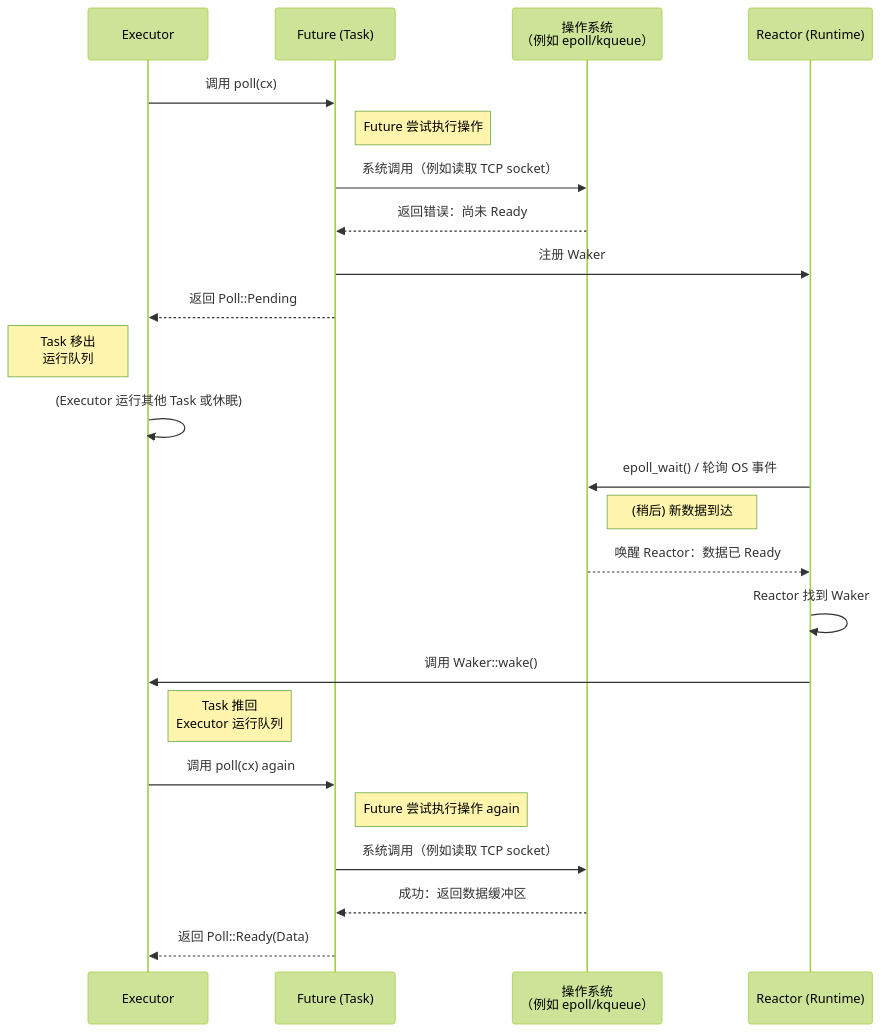
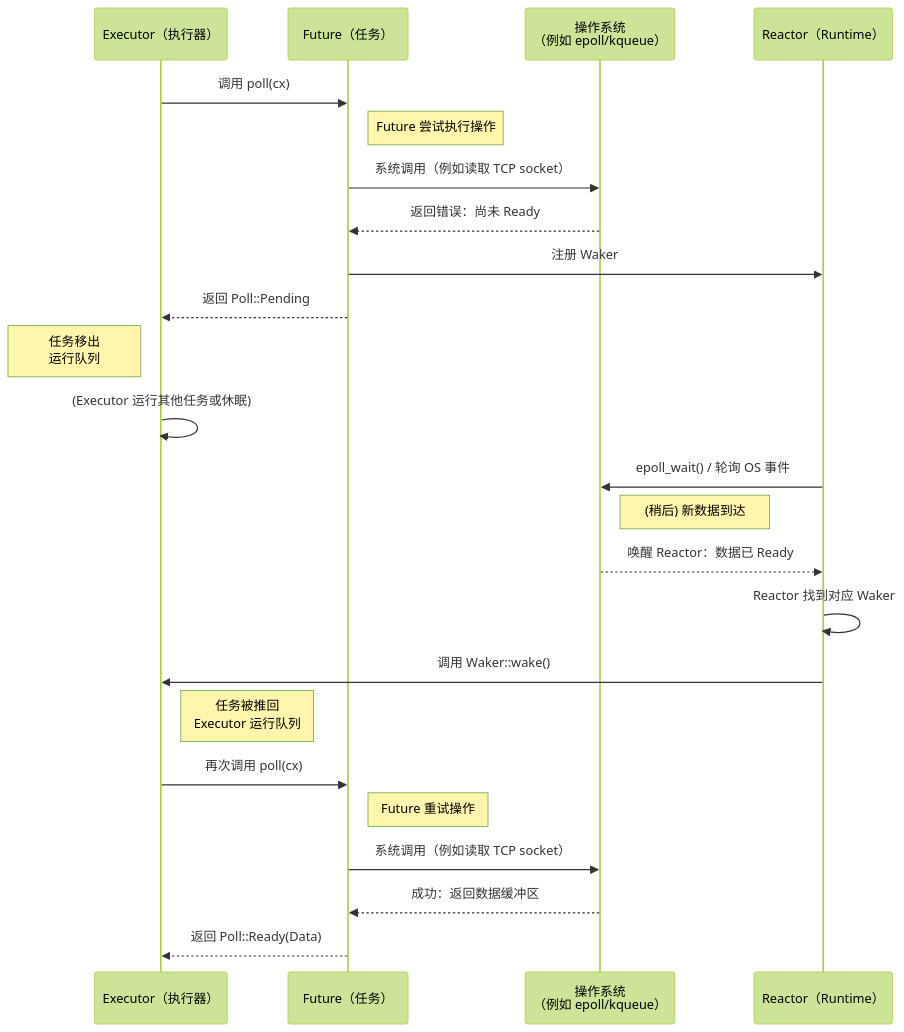
One commit to hearsay316/RustTraining changed the diagram in async-book/src-zh/ch02-the-future-trait.md. Above: the diagram before and after it, drawn with Mermaid (forest theme). The commit also changed other lines of this file and 20 other files, not shown here.

````diff
--- a/async-book/src-zh/ch02-the-future-trait.md
+++ b/async-book/src-zh/ch02-the-future-trait.md
@@ -31,32 +48,32 @@
 ```mermaid
 sequenceDiagram
-    participant E as Executor
-    participant F as Future (Task)
+    participant E as Executor（执行器）
+    participant F as Future（任务）
     participant OS as 操作系统<br/>（例如 epoll/kqueue）
-    participant R as Reactor (Runtime)
+    participant R as Reactor（Runtime）
 
     E->>F: 调用 poll(cx)
     Note right of F: Future 尝试执行操作
     F->>OS: 系统调用（例如读取 TCP socket）
     OS-->>F: 返回错误：尚未 Ready
-    
+
     F->>R: 注册 Waker
     F-->>E: 返回 Poll::Pending
-    Note left of E: Task 移出<br/>运行队列
+    Note left of E: 任务移出<br/>运行队列
 
-    E->>E: (Executor 运行其他 Task 或休眠)
+    E->>E: (Executor 运行其他任务或休眠)
     R->>OS: epoll_wait() / 轮询 OS 事件
 
     Note right of OS: (稍后) 新数据到达
     OS-->>R: 唤醒 Reactor：数据已 Ready
-    
-    R->>R: Reactor 找到 Waker
+
+    R->>R: Reactor 找到对应 Waker
     R->>E: 调用 Waker::wake()
-    Note right of E: Task 推回<br/>Executor 运行队列
+    Note right of E: 任务被推回<br/>Executor 运行队列
 
-    E->>F: 调用 poll(cx) again
-    Note right of F: Future 尝试执行操作 again
+    E->>F: 再次调用 poll(cx)
+    Note right of F: Future 重试操作
     F->>OS: 系统调用（例如读取 TCP socket）
     OS-->>F: 成功：返回数据缓冲区
     F-->>E: 返回 Poll::Ready(Data)
 ```
````
